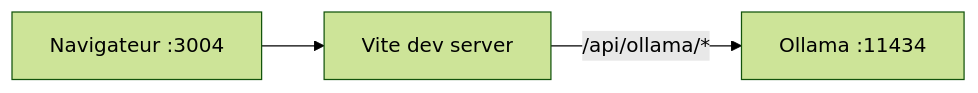
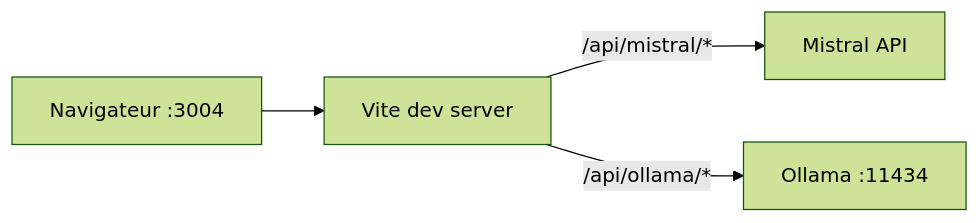
Before and after one commit to ngoujon/assistant-openspace: the diagram in docs/architecture.md, drawn with Mermaid (forest theme). The commit also changed other lines of this file and 22 other files, not shown here.

````diff
--- a/docs/architecture.md
+++ b/docs/architecture.md
@@ -7,8 +7,10 @@
 ```mermaid
 flowchart LR
   Browser[Navigateur :3004]
   Vite[Vite dev server]
+  Mistral[Mistral API]
   Ollama[Ollama :11434]
   Browser --> Vite
+  Vite -->|"/api/mistral/*"| Mistral
   Vite -->|"/api/ollama/*"| Ollama
 ```
````
